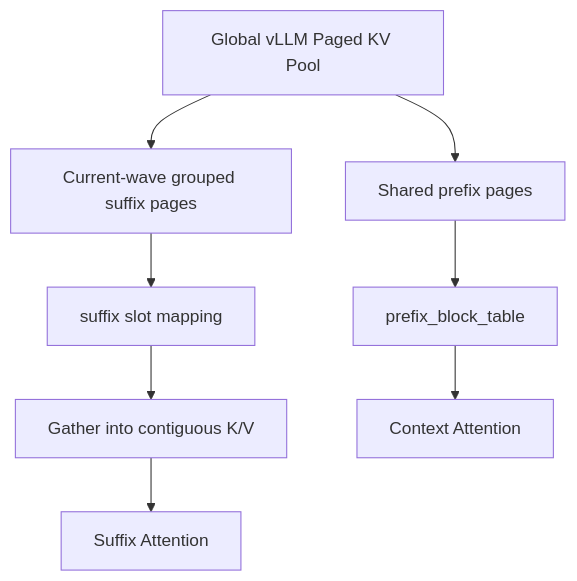
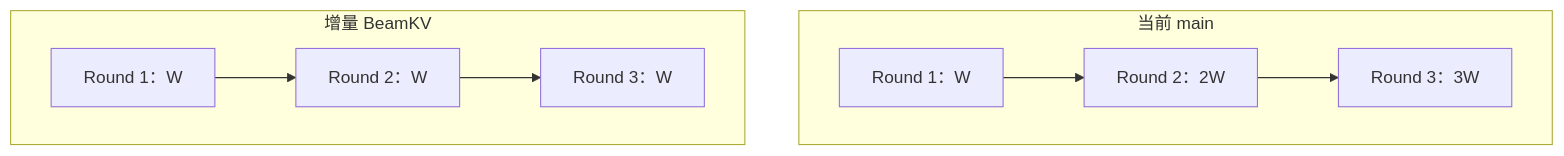
The fifth of 11 diagrams in GR/beam_decode_kv_buffer_organization_analysis.md (zhanghanleo10/gr-related), drawn with Mermaid before and after one commit. The commit also changed other lines of this file, not shown here.

Commit message:
docs: simplify Beam KV analysis with visual-first layout

````diff
--- a/GR/beam_decode_kv_buffer_organization_analysis.md
+++ b/GR/beam_decode_kv_buffer_organization_analysis.md
@@ -167,10 +134,15 @@
 ```mermaid
 flowchart TB
-    P["Global vLLM Paged KV Pool"] --> C["Shared prefix pages"]
-    P --> S["Current-wave grouped suffix pages"]
-    C --> H["prefix_block_table"]
-    S --> M["suffix slot mapping"]
-    M --> G["Gather into contiguous K/V"]
-    H --> A["Context Attention"]
-    G --> B["Suffix Attention"]
+    subgraph C["当前 main"]
+        C1["Round 1：W"]
+        C2["Round 2：2W"]
+        C3["Round 3：3W"]
+        C1 --> C2 --> C3
+    end
+    subgraph I["增量 BeamKV"]
+        I1["Round 1：W"]
+        I2["Round 2：W"]
+        I3["Round 3：W"]
+        I1 --> I2 --> I3
+    end
 ```
````
